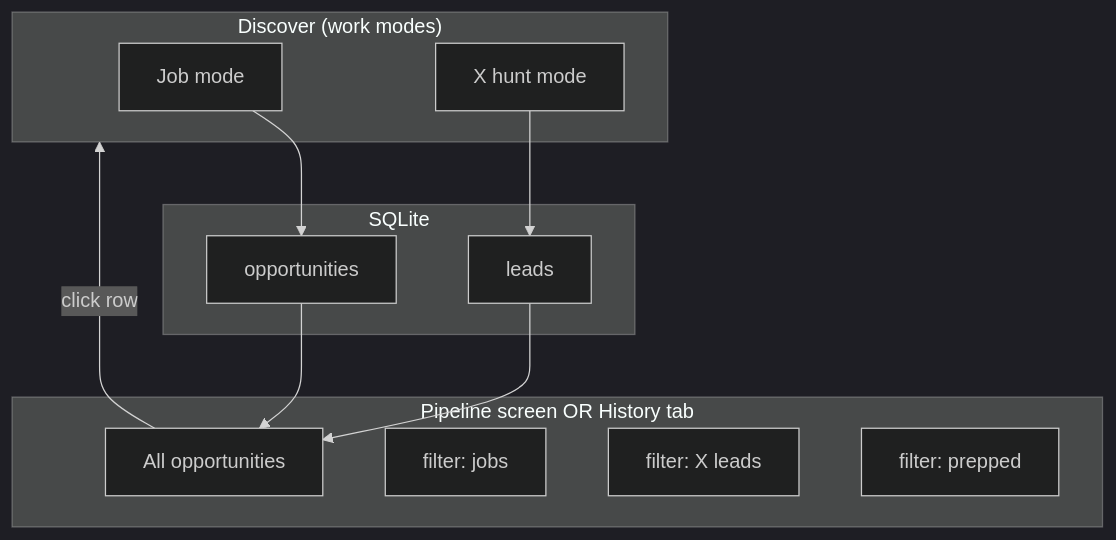
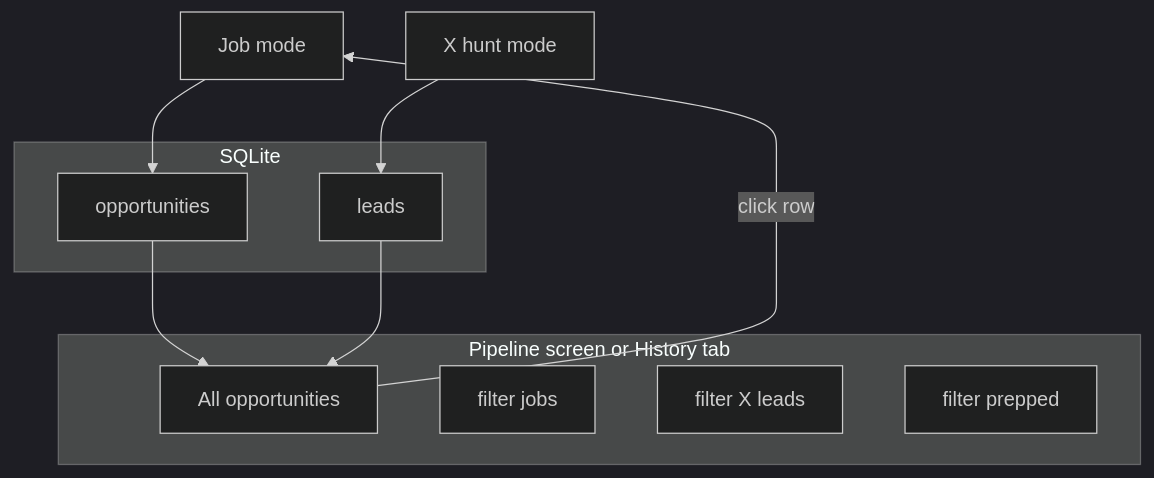
Before and after one commit to p10ns11y/collab-finder: the sixth of 6 diagrams in reports/ux-review-v0.1-dogfood.md, drawn with Mermaid (dark theme). The commit also changed other lines of this file and 3 other files, not shown here.

First line of the commit message:
docs(reports): add tech debt deep dive and fix Mermaid diagram compatibility

````diff
--- a/reports/ux-review-v0.1-dogfood.md
+++ b/reports/ux-review-v0.1-dogfood.md
@@ -372,25 +381,23 @@
 ```mermaid
 flowchart TB
-  subgraph Work["Discover (work modes)"]
-    J[Job mode]
-    X[X hunt mode]
-  end
+  J[Job mode]
+  Xmode[X hunt mode]
 
   subgraph Store["SQLite"]
     OP[opportunities]
     LD[leads]
   end
 
-  subgraph Pipeline["Pipeline screen OR History tab"]
+  subgraph Pipeline["Pipeline screen or History tab"]
     ALL[All opportunities]
-    F1[filter: jobs]
-    F2[filter: X leads]
-    F3[filter: prepped]
+    F1["filter jobs"]
+    F2["filter X leads"]
+    F3["filter prepped"]
   end
 
   J --> OP
-  X --> LD
+  Xmode --> LD
   OP --> ALL
   LD --> ALL
-  ALL -->|click row| Work
+  ALL -->|click row| J
 ```
````
